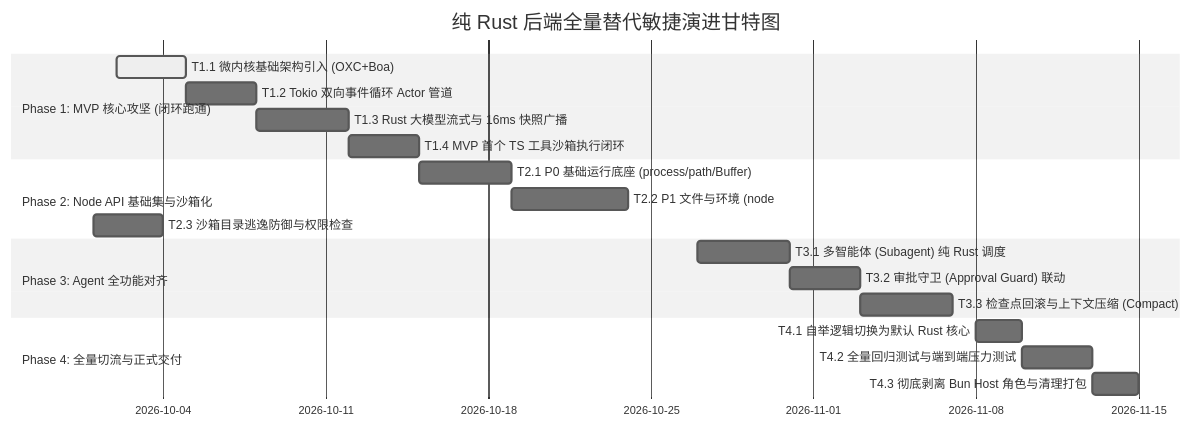
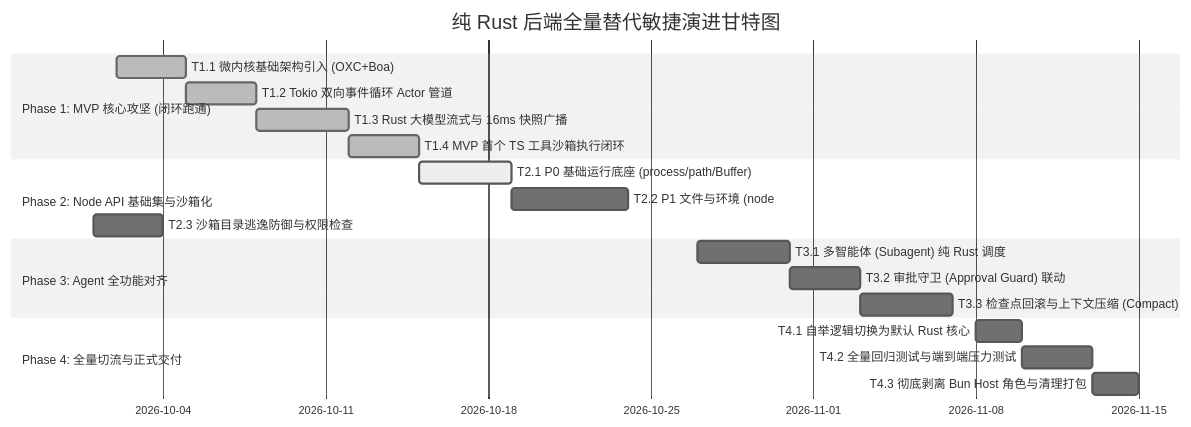
The second of 2 diagrams in docs/pure-rust-backend-dev-plan.md (issueye/a_da), drawn with Mermaid (neutral theme) before and after one commit. The commit also changed other lines of this file, not shown here.

Commit message:
docs: 标记纯 Rust 微内核 MVP (Phase 1 / M1) 全部顺利达成

````diff
--- a/docs/pure-rust-backend-dev-plan.md
+++ b/docs/pure-rust-backend-dev-plan.md
@@ -55,22 +55,22 @@
 ```mermaid
 gantt
     title 纯 Rust 后端全量替代敏捷演进甘特图
     dateFormat  YYYY-MM-DD
     section Phase 1: MVP 核心攻坚 (闭环跑通)
-    T1.1 微内核基础架构引入 (OXC+Boa)      :active, t11, 2026-10-02, 3d
-    T1.2 Tokio 双向事件循环 Actor 管道     :t12, after t11, 3d
-    T1.3 Rust 大模型流式与 16ms 快照广播   :t13, after t12, 4d
-    T1.4 MVP 首个 TS 工具沙箱执行闭环      :t14, after t13, 3d
+    T1.1 微内核基础架构引入 (OXC+Boa)      :done, t11, 2026-10-02, 3d
+    T1.2 Tokio 双向事件循环 Actor 管道     :done, t12, after t11, 3d
+    T1.3 Rust 大模型流式与 16ms 快照广播   :done, t13, after t12, 4d
+    T1.4 MVP 首个 TS 工具沙箱执行闭环      :done, t14, after t13, 3d
     section Phase 2: Node API 基础集与沙箱化
-    T2.1 P0 基础运行底座 (process/path/Buffer):t21, 2026-10-15, 4d
+    T2.1 P0 基础运行底座 (process/path/Buffer):active, t21, 2026-10-15, 4d
     T2.2 P1 文件与环境 (node:fs 异步+同步) :t22, after t21, 5d
     T2.3 沙箱目录逃逸防御与权限检查        :t23, after t22, 3d
     section Phase 3: Agent 全功能对齐
     T3.1 多智能体 (Subagent) 纯 Rust 调度   :t31, 2026-10-27, 4d
     T3.2 审批守卫 (Approval Guard) 联动    :t32, after t31, 3d
     T3.3 检查点回滚与上下文压缩 (Compact)  :t33, after t32, 4d
     section Phase 4: 全量切流与正式交付
     T4.1 自举逻辑切换为默认 Rust 核心      :t41, 2026-11-08, 2d
     T4.2 全量回归测试与端到端压力测试      :t42, after t41, 3d
     T4.3 彻底剥离 Bun Host 角色与清理打包  :t43, after t42, 2d
 ```
````
